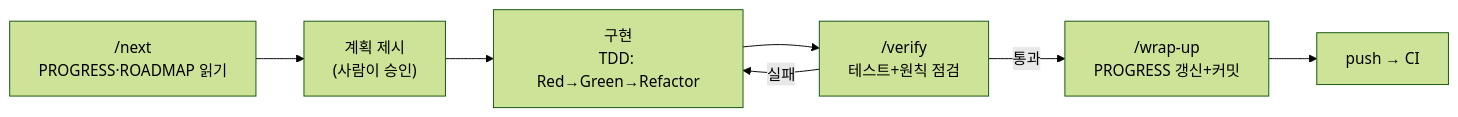
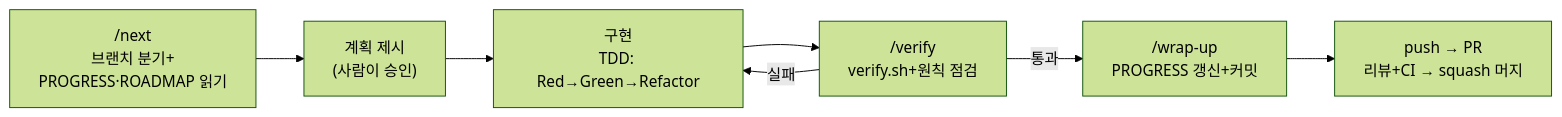
One commit to jeonginwoo/pms_mcp changed the first of 2 diagrams in docs/하네스_가이드.md. Above: the diagram before and after it, drawn with Mermaid (forest theme). The commit also changed other lines of this file and 1 other file, not shown here.

````diff
--- a/docs/하네스_가이드.md
+++ b/docs/하네스_가이드.md
@@ -85,9 +121,9 @@
 ```mermaid
 flowchart LR
-    A["/next<br>PROGRESS·ROADMAP 읽기"] --> B["계획 제시<br>(사람이 승인)"]
+    A["/next<br>브랜치 분기+<br>PROGRESS·ROADMAP 읽기"] --> B["계획 제시<br>(사람이 승인)"]
     B --> C["구현<br>TDD: Red→Green→Refactor"]
-    C --> D["/verify<br>테스트+원칙 점검"]
+    C --> D["/verify<br>verify.sh+원칙 점검"]
     D -->|실패| C
     D -->|통과| E["/wrap-up<br>PROGRESS 갱신+커밋"]
-    E --> F["push → CI"]
+    E --> F["push → PR<br>리뷰+CI → squash 머지"]
 ```
````
